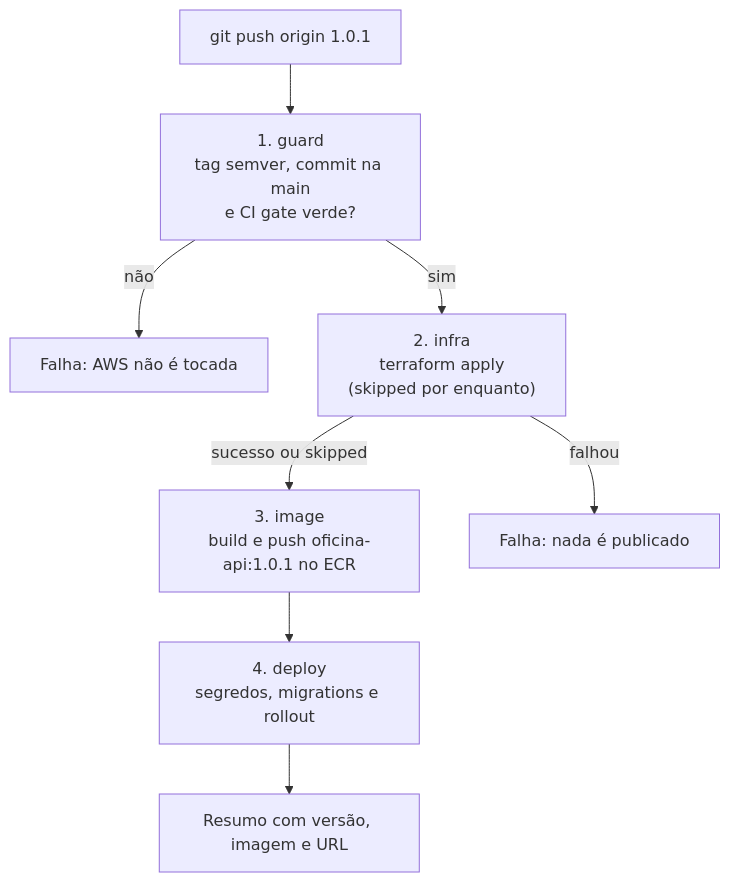
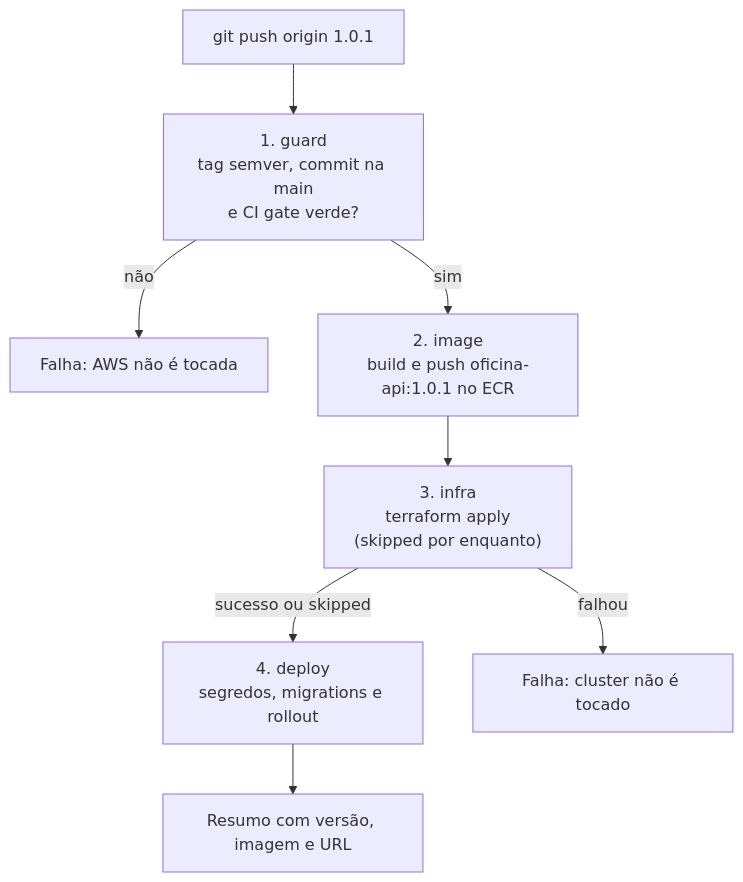
The third of 5 diagrams in docs/CI_CD.md (muriloperosa/soat-architecture), drawn with Mermaid before and after one commit. The commit also changed other lines of this file and 2 other files, not shown here.

Commit message:
refactor(ci): update CD workflow to adjust Terraform job sequence

````diff
--- a/docs/CI_CD.md
+++ b/docs/CI_CD.md
@@ -182,10 +182,10 @@
 ```mermaid
 flowchart TD
     TAG["git push origin 1.0.1"] --> GUARD["1. guard<br/>tag semver, commit na main<br/>e CI gate verde?"]
     GUARD -->|não| STOP1[Falha: AWS não é tocada]
-    GUARD -->|sim| TF["2. infra<br/>terraform apply<br/>(skipped por enquanto)"]
-    TF -->|sucesso ou skipped| IMG["3. image<br/>build e push oficina-api:1.0.1 no ECR"]
-    TF -->|falhou| STOP2[Falha: nada é publicado]
-    IMG --> DEP["4. deploy<br/>segredos, migrations e rollout"]
+    GUARD -->|sim| IMG["2. image<br/>build e push oficina-api:1.0.1 no ECR"]
+    IMG --> TF["3. infra<br/>terraform apply<br/>(skipped por enquanto)"]
+    TF -->|sucesso ou skipped| DEP["4. deploy<br/>segredos, migrations e rollout"]
+    TF -->|falhou| STOP2[Falha: cluster não é tocado]
     DEP --> OK["Resumo com versão, imagem e URL"]
 ```
````
